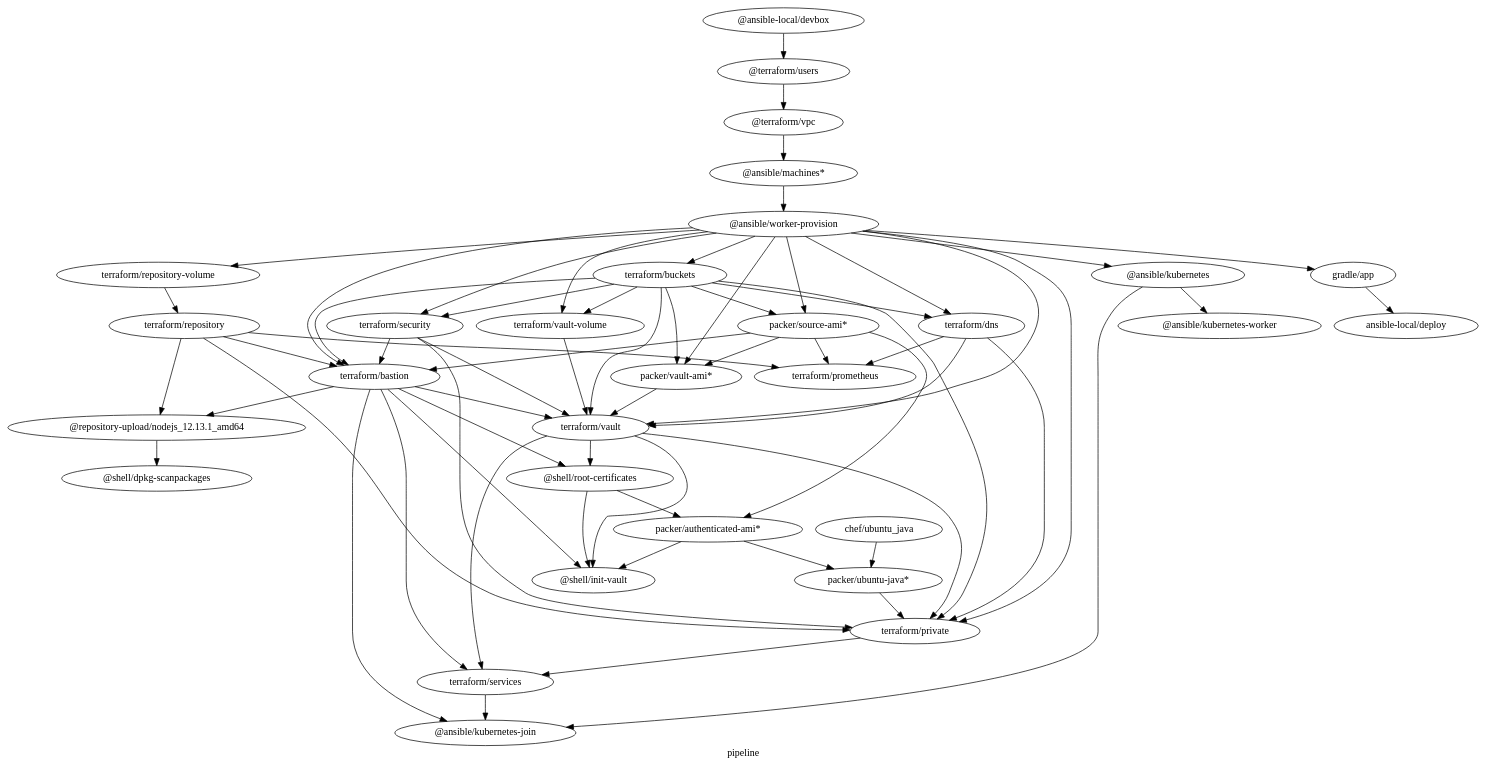
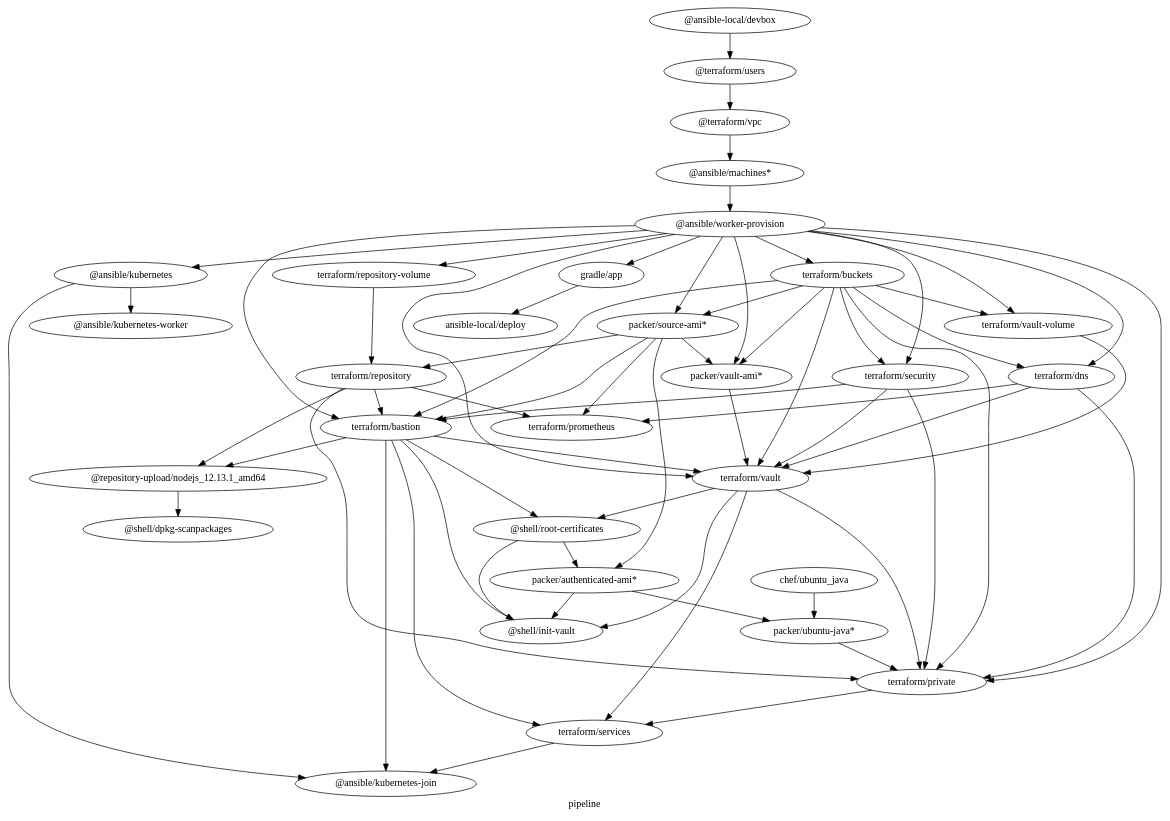
One commit to samsquire/mazzle-starter changed the diagram in architecture.dot. Above: the diagram before and after it, drawn with Graphviz. The commit also changed 1 other file, not shown here.

Commit message:
Sam repository depends on sourceami

```diff
--- a/architecture.dot
+++ b/architecture.dot
@@ -1,98 +1,98 @@
 digraph G {
   label="pipeline";
   rankdir=TB;
 
 
 
 "packer/source-ami*" -> { "terraform/bastion";
                           "packer/vault-ami*"
                         }
-
+"packer/source-ami*" -> "terraform/repository";
 "terraform/bastion" -> "@repository-upload/nodejs_12.13.1_amd64"
 "terraform/repository" -> "@repository-upload/nodejs_12.13.1_amd64"
 
 "@repository-upload/nodejs_12.13.1_amd64" -> "@shell/dpkg-scanpackages"
 
 "terraform/bastion" -> "@ansible/kubernetes-join";
 "terraform/services" -> "@ansible/kubernetes-join";
 "@ansible/kubernetes" -> "@ansible/kubernetes-join";
 
 "@ansible/worker-provision" -> "terraform/repository-volume" -> "terraform/repository";
 
 "terraform/repository" -> {
   "terraform/bastion";
   "terraform/private";
   "terraform/prometheus";
 }
 
 "gradle/app" -> "ansible-local/deploy";
 "@ansible/kubernetes" -> "@ansible/kubernetes-worker";
 "@ansible/worker-provision" -> {
   "gradle/app";
   "@ansible/kubernetes";
   "terraform/buckets";
   "terraform/vault";
   "terraform/dns";
   "terraform/bastion";
   "terraform/vault-volume";
   "packer/source-ami*";
   "terraform/security";
   "terraform/private";
   "packer/vault-ami*"
 }
 
 "terraform/buckets" -> {
   "terraform/vault";
   "terraform/dns";
   "terraform/bastion";
   "terraform/vault-volume";
   "packer/source-ami*";
   "terraform/security";
   "terraform/private";
   "packer/vault-ami*"
 }
 
 "packer/vault-ami*" -> "terraform/vault"
 
 "@terraform/vpc" -> "@ansible/machines*" -> "@ansible/worker-provision"
 
 "terraform/vault" -> "terraform/private";
 
 { "terraform/vault";
 "terraform/bastion";
 "terraform/private"; } -> "terraform/services";
 
 "terraform/vault-volume" -> "terraform/vault";
 
  "terraform/dns" -> "terraform/private";
  "terraform/dns" -> "terraform/vault";
 
 "terraform/security" -> "terraform/vault"
 
 "terraform/security" -> "terraform/bastion";
 "terraform/security" -> "terraform/private";
 
 "chef/ubuntu_java" -> "packer/ubuntu-java*";
 
 "@ansible-local/devbox" -> "@terraform/users" -> "@terraform/vpc";
 
 "terraform/bastion" -> "@shell/root-certificates";
 
 "terraform/vault" -> "@shell/root-certificates";
 "terraform/bastion" -> "terraform/vault";
 
 "terraform/bastion" -> "@shell/init-vault";
 "terraform/vault" -> "@shell/init-vault";
 
 "@shell/root-certificates" -> "packer/authenticated-ami*";
 
 "packer/ubuntu-java*" -> "terraform/private";
 
 "packer/source-ami*" -> "packer/authenticated-ami*";
 "packer/authenticated-ami*" -> "packer/ubuntu-java*";
 "packer/authenticated-ami*" -> "@shell/init-vault";
 "@shell/root-certificates" -> "@shell/init-vault";
 
  "terraform/dns" -> "terraform/prometheus";
  "packer/source-ami*" -> "terraform/prometheus";
 }
```
